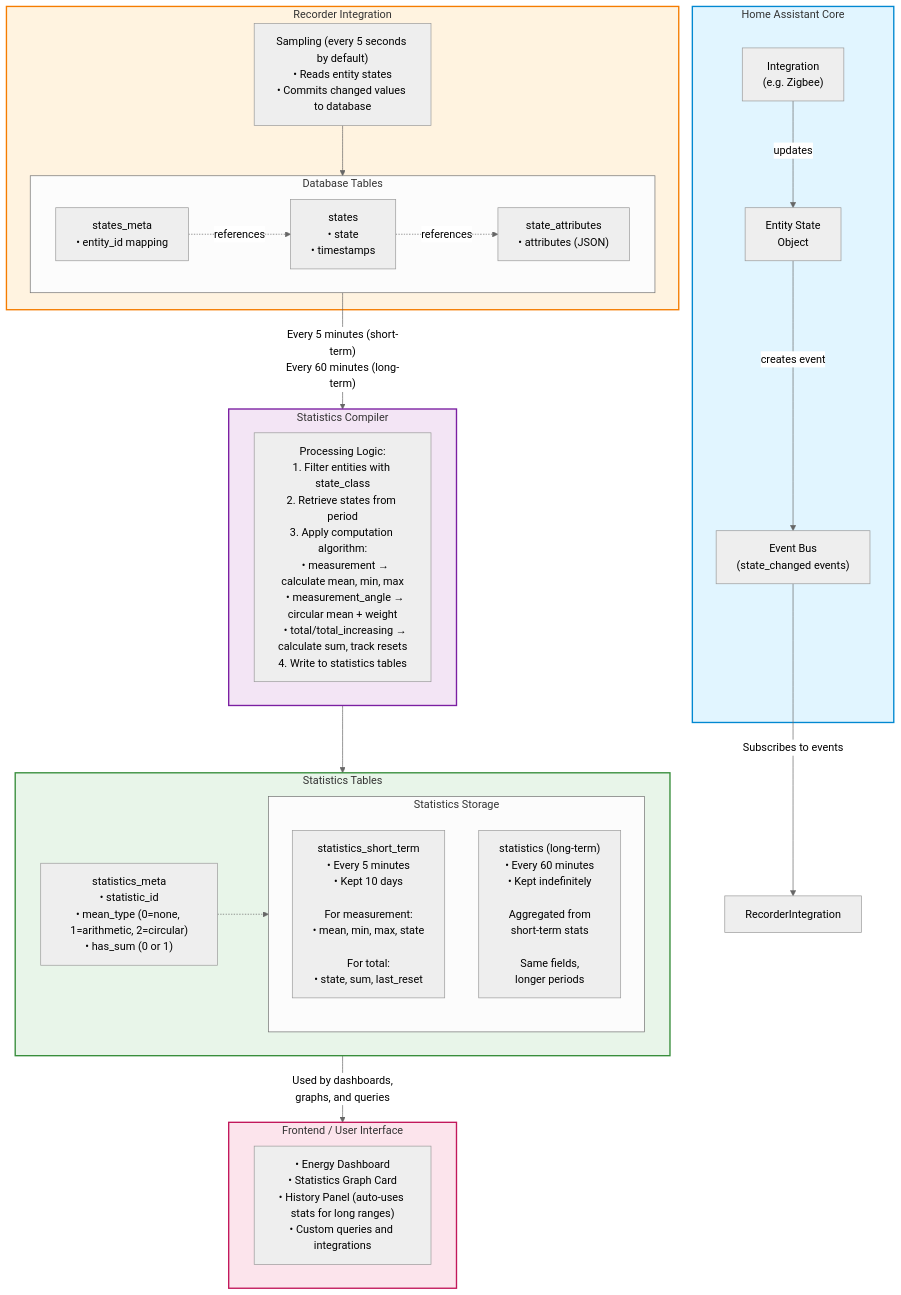
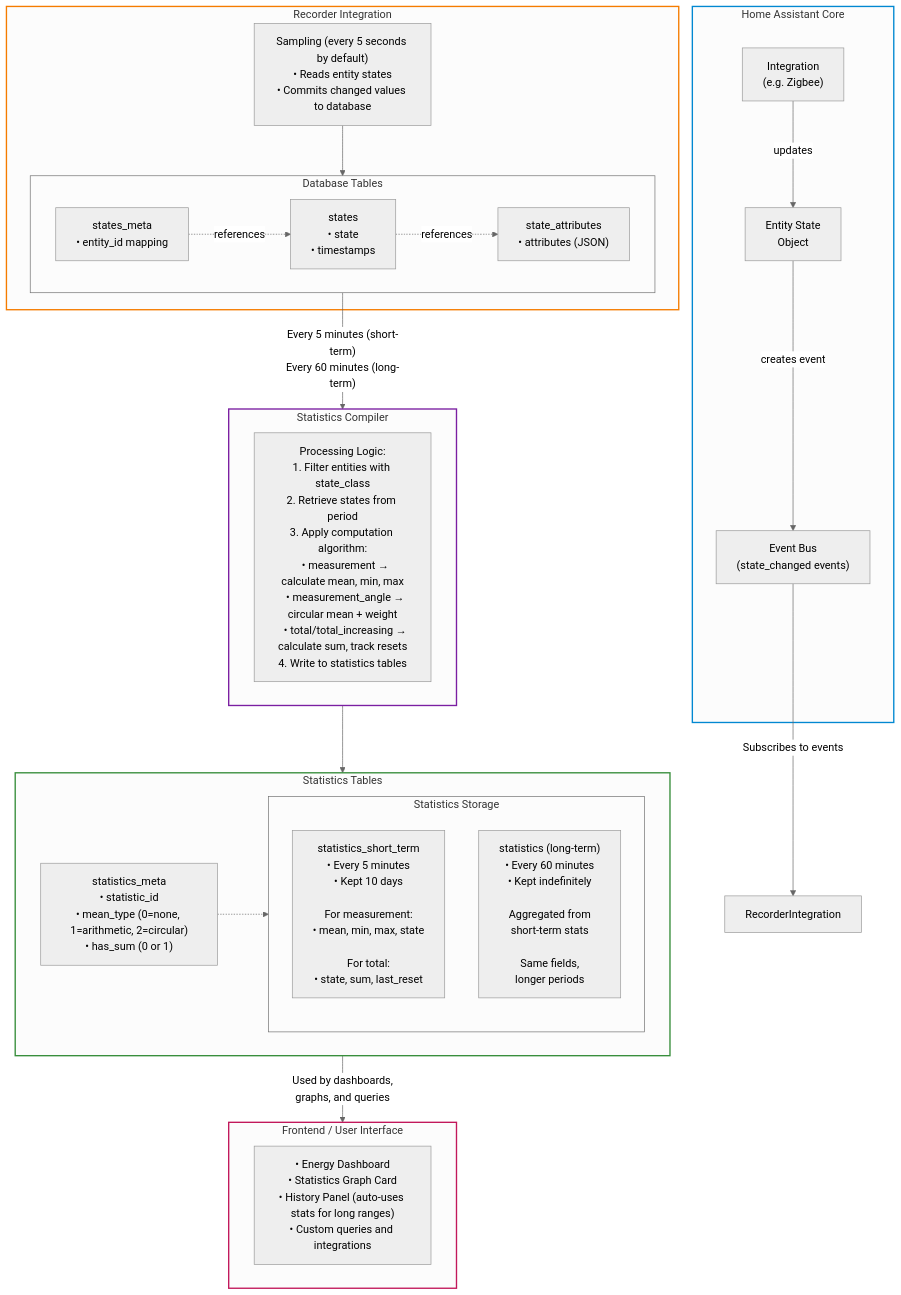
Before and after one commit to DrCoolzic/ha-statistics-doc: the diagram in docs/doc/part2_statistics_generation.md, drawn with Mermaid (neutral theme). The commit also changed 3 other files, not shown here.

Commit message:
Add dark mode support with dynamic Mermaid diagram theme switching

````diff
--- a/docs/doc/part2_statistics_generation.md
+++ b/docs/doc/part2_statistics_generation.md
@@ -312,65 +312,65 @@
 ```mermaid
 flowchart TB
     subgraph HA["Home Assistant Core"]
         Integration["Integration<br/>(e.g. Zigbee)"]
         EntityState["Entity State<br/>Object"]
         EventBus["Event Bus<br/>(state_changed events)"]
         
         Integration -->|updates| EntityState
         EntityState -->|creates event| EventBus
     end
     
     EventBus -->|Subscribes to events| RecorderIntegration
     
     subgraph Recorder["Recorder Integration"]
         Sampling["Sampling (every 5 seconds by default)<br/>• Reads entity states<br/>• Commits changed values to database"]
         
         subgraph DBTables["Database Tables"]
             StatesMeta["states_meta<br/>• entity_id mapping"]
             States["states<br/>• state<br/>• timestamps"]
             StateAttributes["state_attributes<br/>• attributes (JSON)"]
             
             StatesMeta -.->|references| States
             States -.->|references| StateAttributes
         end
         
         Sampling --> DBTables
     end
     
     DBTables -->|"Every 5 minutes (short-term)<br/>Every 60 minutes (long-term)"| StatsCompiler
     
     subgraph StatsCompiler["Statistics Compiler"]
         Processing["Processing Logic:<br/>1. Filter entities with state_class<br/>2. Retrieve states from period<br/>3. Apply computation algorithm:<br/>   • measurement → calculate mean, min, max<br/>   • measurement_angle → circular mean + weight<br/>   • total/total_increasing → calculate sum, track resets<br/>4. Write to statistics tables"]
     end
     
     StatsCompiler --> StatsTables
     
     subgraph StatsTables["Statistics Tables"]
         StatsMeta["statistics_meta<br/>• statistic_id<br/>• mean_type (0=none, 1=arithmetic, 2=circular)<br/>• has_sum (0 or 1)"]
         
         subgraph StatsStorage["Statistics Storage"]
             ShortTerm["statistics_short_term<br/>• Every 5 minutes<br/>• Kept 10 days<br/><br/>For measurement:<br/>• mean, min, max, state<br/><br/>For total:<br/>• state, sum, last_reset"]
             LongTerm["statistics (long-term)<br/>• Every 60 minutes<br/>• Kept indefinitely<br/><br/>Aggregated from<br/>short-term stats<br/><br/>Same fields,<br/>longer periods"]
         end
         
         StatsMeta -.-> StatsStorage
     end
     
     StatsTables -->|"Used by dashboards,<br/>graphs, and queries"| Frontend
     
     subgraph Frontend["Frontend / User Interface"]
         UI["• Energy Dashboard<br/>• Statistics Graph Card<br/>• History Panel (auto-uses stats for long ranges)<br/>• Custom queries and integrations"]
     end
     
-    classDef coreBox fill:#e1f5ff,stroke:#0288d1,stroke-width:2px
-    classDef recorderBox fill:#fff3e0,stroke:#f57c00,stroke-width:2px
-    classDef compilerBox fill:#f3e5f5,stroke:#7b1fa2,stroke-width:2px
-    classDef statsBox fill:#e8f5e9,stroke:#388e3c,stroke-width:2px
-    classDef frontendBox fill:#fce4ec,stroke:#c2185b,stroke-width:2px
+    classDef coreBox stroke:#0288d1,stroke-width:2px
+    classDef recorderBox stroke:#f57c00,stroke-width:2px
+    classDef compilerBox stroke:#7b1fa2,stroke-width:2px
+    classDef statsBox stroke:#388e3c,stroke-width:2px
+    classDef frontendBox stroke:#c2185b,stroke-width:2px
     
     class HA coreBox
     class Recorder recorderBox
     class StatsCompiler compilerBox
     class StatsTables statsBox
     class Frontend frontendBox
 ```
````
